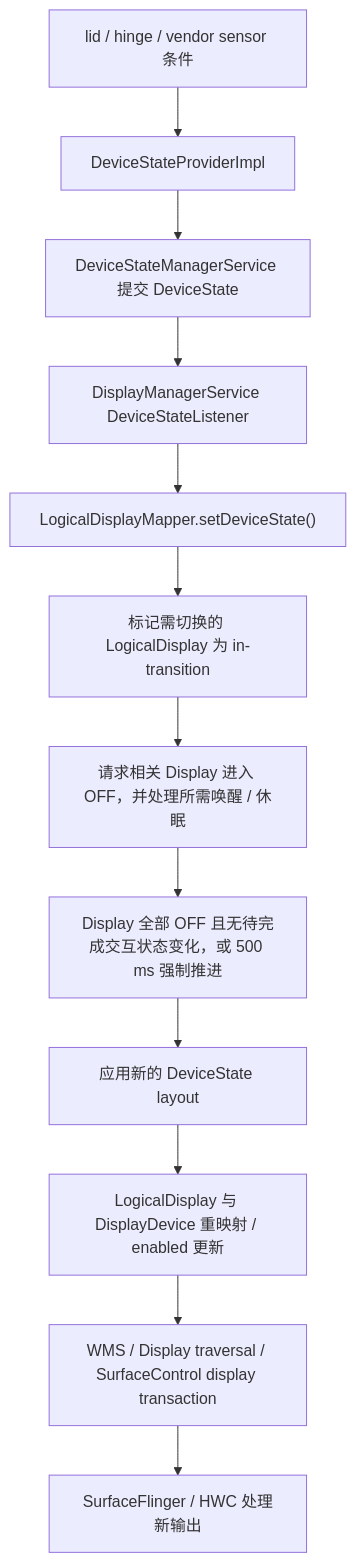
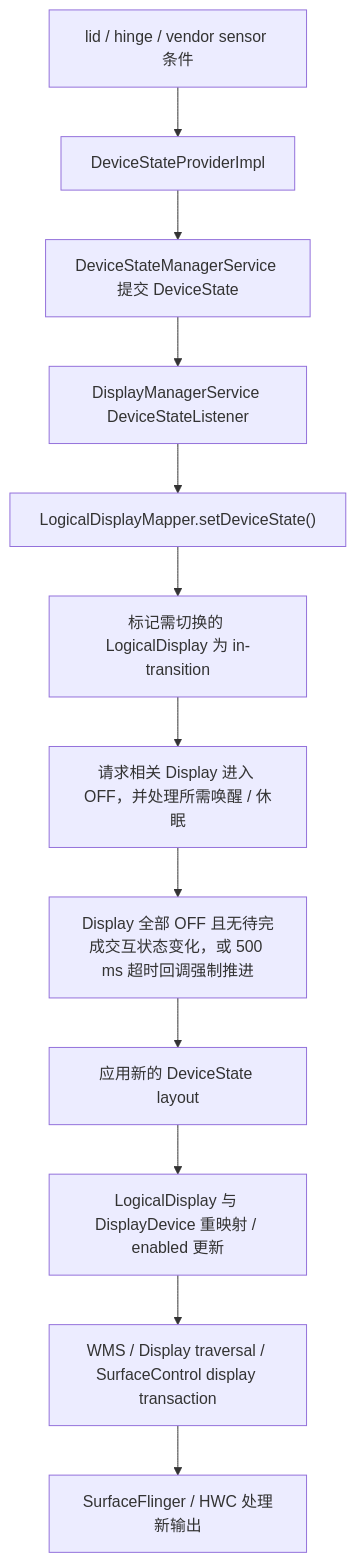
One commit to 2000PJL/android-internals-wiki changed the diagram in src/part1-fundamentals/ch02-rendering/16-foldable-display-pipeline-performance.md. Above: the diagram before and after it, drawn with Mermaid. The commit also changed other lines of this file, not shown here.

````diff
--- a/src/part1-fundamentals/ch02-rendering/16-foldable-display-pipeline-performance.md
+++ b/src/part1-fundamentals/ch02-rendering/16-foldable-display-pipeline-performance.md
@@ -166,14 +185,14 @@
 ```mermaid
 flowchart TD
     A["lid / hinge / vendor sensor 条件"] --> B["DeviceStateProviderImpl"]
     B --> C["DeviceStateManagerService 提交 DeviceState"]
     C --> D["DisplayManagerService DeviceStateListener"]
     D --> E["LogicalDisplayMapper.setDeviceState()"]
     E --> F["标记需切换的 LogicalDisplay 为 in-transition"]
     F --> G["请求相关 Display 进入 OFF，并处理所需唤醒 / 休眠"]
-    G --> H["Display 全部 OFF 且无待完成交互状态变化，或 500 ms 强制推进"]
+    G --> H["Display 全部 OFF 且无待完成交互状态变化，或 500 ms 超时回调强制推进"]
     H --> I["应用新的 DeviceState layout"]
     I --> J["LogicalDisplay 与 DisplayDevice 重映射 / enabled 更新"]
     J --> K["WMS / Display traversal / SurfaceControl display transaction"]
     K --> L["SurfaceFlinger / HWC 处理新输出"]
 ```
````
